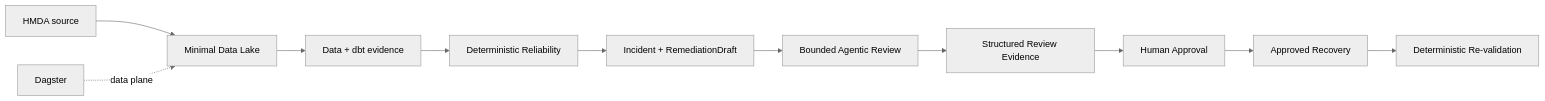
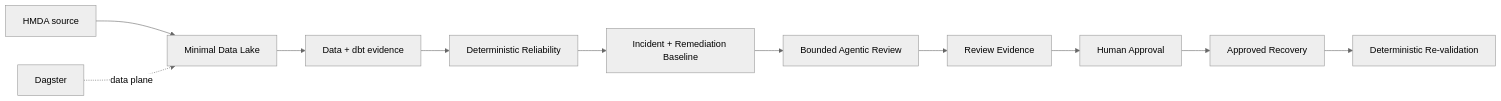
Before and after one commit to mols3131d/hmda-data-reliability: the diagram in docs/development/mvp/README.md, drawn with Mermaid (neutral theme). The commit also changed other lines of this file, not shown here.

````diff
--- a/docs/development/mvp/README.md
+++ b/docs/development/mvp/README.md
@@ -30,14 +30,14 @@
 ```mermaid
 flowchart LR
     source["HMDA source"] --> lake["Minimal Data Lake"]
     lake --> evidence["Data + dbt evidence"]
     evidence --> reliability["Deterministic Reliability"]
-    reliability --> incident["Incident + RemediationDraft"]
+    reliability --> incident["Incident + Remediation Baseline"]
     incident --> agent["Bounded Agentic Review"]
-    agent --> review["Structured Review Evidence"]
+    agent --> review["Review Evidence"]
     review --> human["Human Approval"]
     human --> recovery["Approved Recovery"]
     recovery --> verify["Deterministic Re-validation"]
 
     dagster["Dagster"] -. data plane .-> lake
 ```
````
